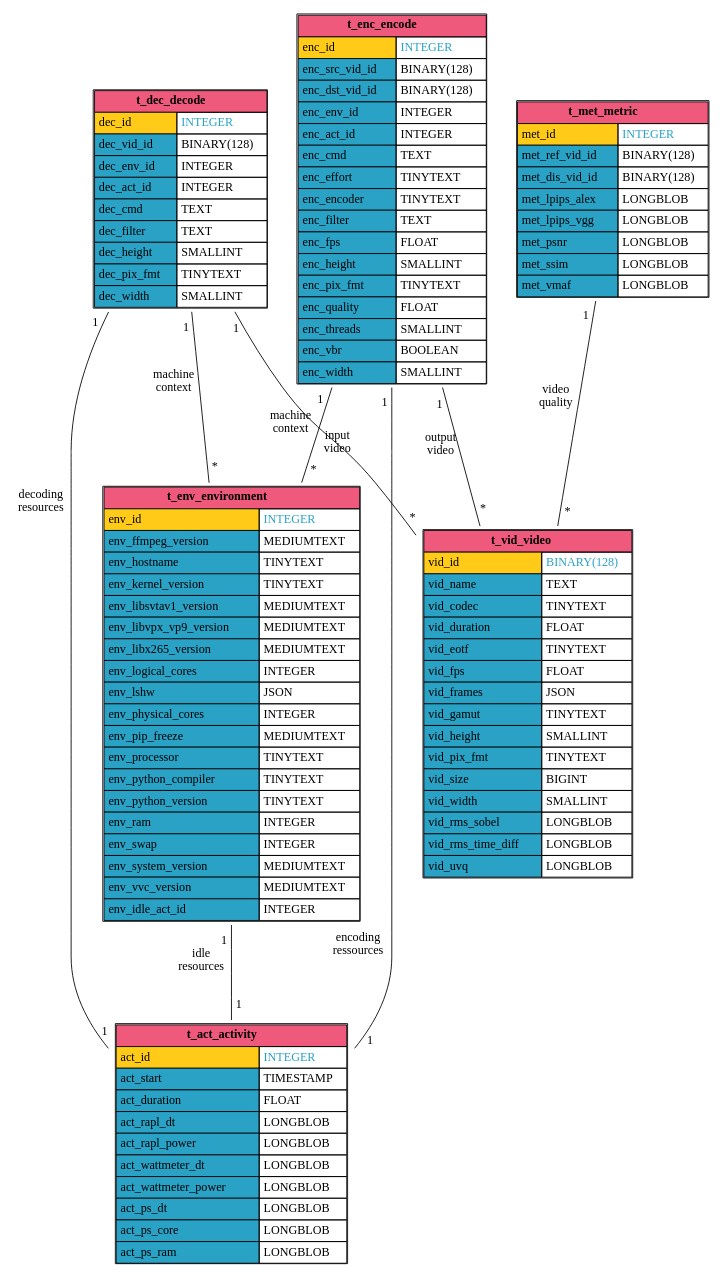
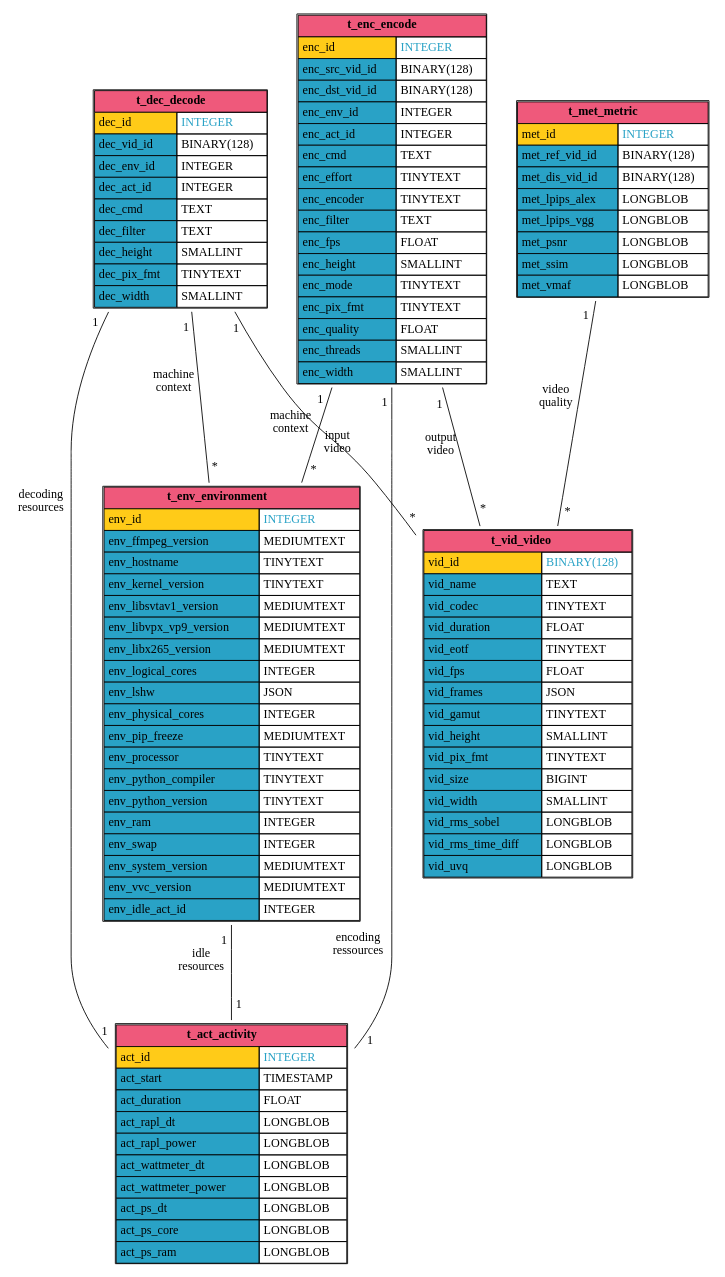
Before and after one commit to robinechuca/mendevi: the diagram in docs/media/sql_database.dot, drawn with Graphviz. The commit also changed 6 other files, not shown here.

Commit message:
change is_vbr into mode

```diff
--- a/docs/media/sql_database.dot
+++ b/docs/media/sql_database.dot
@@ -1,131 +1,131 @@
 # dot -Tsvg sql_database.dot > sql_database.svg
 graph database {
   node [shape=plaintext]
   t_act_activity [
     label=<
       <TABLE BORDER="1" CELLBORDER="1" CELLSPACING="0" CELLPADDING="4">
         <TR><TD COLSPAN="2" BGCOLOR="#ef597b"><B>t_act_activity</B></TD></TR>
         <TR><TD ALIGN="LEFT" BGCOLOR="#ffcb18">act_id</TD><TD ALIGN="LEFT"><FONT COLOR="#29a2c6">INTEGER</FONT></TD></TR>
         <TR><TD ALIGN="LEFT" BGCOLOR="#29a2c6">act_start</TD><TD ALIGN="LEFT">TIMESTAMP</TD></TR>
         <TR><TD ALIGN="LEFT" BGCOLOR="#29a2c6">act_duration</TD><TD ALIGN="LEFT">FLOAT</TD></TR>
         <TR><TD ALIGN="LEFT" BGCOLOR="#29a2c6">act_rapl_dt</TD><TD ALIGN="LEFT">LONGBLOB</TD></TR>
         <TR><TD ALIGN="LEFT" BGCOLOR="#29a2c6">act_rapl_power</TD><TD ALIGN="LEFT">LONGBLOB</TD></TR>
         <TR><TD ALIGN="LEFT" BGCOLOR="#29a2c6">act_wattmeter_dt</TD><TD ALIGN="LEFT">LONGBLOB</TD></TR>
         <TR><TD ALIGN="LEFT" BGCOLOR="#29a2c6">act_wattmeter_power</TD><TD ALIGN="LEFT">LONGBLOB</TD></TR>
         <TR><TD ALIGN="LEFT" BGCOLOR="#29a2c6">act_ps_dt</TD><TD ALIGN="LEFT">LONGBLOB</TD></TR>
         <TR><TD ALIGN="LEFT" BGCOLOR="#29a2c6">act_ps_core</TD><TD ALIGN="LEFT">LONGBLOB</TD></TR>
         <TR><TD ALIGN="LEFT" BGCOLOR="#29a2c6">act_ps_ram</TD><TD ALIGN="LEFT">LONGBLOB</TD></TR>
       </TABLE>
     >
   ];
   t_vid_video [
     label=<
       <TABLE BORDER="1" CELLBORDER="1" CELLSPACING="0" CELLPADDING="4">
         <TR><TD COLSPAN="2" BGCOLOR="#ef597b"><B>t_vid_video</B></TD></TR>
         <TR><TD ALIGN="LEFT" BGCOLOR="#ffcb18">vid_id</TD><TD ALIGN="LEFT"><FONT COLOR="#29a2c6">BINARY(128)</FONT></TD></TR>
         <TR><TD ALIGN="LEFT" BGCOLOR="#29a2c6">vid_name</TD><TD ALIGN="LEFT">TEXT</TD></TR>
         <TR><TD ALIGN="LEFT" BGCOLOR="#29a2c6">vid_codec</TD><TD ALIGN="LEFT">TINYTEXT</TD></TR>
         <TR><TD ALIGN="LEFT" BGCOLOR="#29a2c6">vid_duration</TD><TD ALIGN="LEFT">FLOAT</TD></TR>
         <TR><TD ALIGN="LEFT" BGCOLOR="#29a2c6">vid_eotf</TD><TD ALIGN="LEFT">TINYTEXT</TD></TR>
         <TR><TD ALIGN="LEFT" BGCOLOR="#29a2c6">vid_fps</TD><TD ALIGN="LEFT">FLOAT</TD></TR>
         <TR><TD ALIGN="LEFT" BGCOLOR="#29a2c6">vid_frames</TD><TD ALIGN="LEFT">JSON</TD></TR>
         <TR><TD ALIGN="LEFT" BGCOLOR="#29a2c6">vid_gamut</TD><TD ALIGN="LEFT">TINYTEXT</TD></TR>
         <TR><TD ALIGN="LEFT" BGCOLOR="#29a2c6">vid_height</TD><TD ALIGN="LEFT">SMALLINT</TD></TR>
         <TR><TD ALIGN="LEFT" BGCOLOR="#29a2c6">vid_pix_fmt</TD><TD ALIGN="LEFT">TINYTEXT</TD></TR>
         <TR><TD ALIGN="LEFT" BGCOLOR="#29a2c6">vid_size</TD><TD ALIGN="LEFT">BIGINT</TD></TR>
         <TR><TD ALIGN="LEFT" BGCOLOR="#29a2c6">vid_width</TD><TD ALIGN="LEFT">SMALLINT</TD></TR>
         <TR><TD ALIGN="LEFT" BGCOLOR="#29a2c6">vid_rms_sobel</TD><TD ALIGN="LEFT">LONGBLOB</TD></TR>
         <TR><TD ALIGN="LEFT" BGCOLOR="#29a2c6">vid_rms_time_diff</TD><TD ALIGN="LEFT">LONGBLOB</TD></TR>
         <TR><TD ALIGN="LEFT" BGCOLOR="#29a2c6">vid_uvq</TD><TD ALIGN="LEFT">LONGBLOB</TD></TR>
       </TABLE>
     >
   ];
   t_met_metric [
     label=<
       <TABLE BORDER="1" CELLBORDER="1" CELLSPACING="0" CELLPADDING="4">
         <TR><TD COLSPAN="2" BGCOLOR="#ef597b"><B>t_met_metric</B></TD></TR>
         <TR><TD ALIGN="LEFT" BGCOLOR="#ffcb18">met_id</TD><TD ALIGN="LEFT"><FONT COLOR="#29a2c6">INTEGER</FONT></TD></TR>
         <TR><TD ALIGN="LEFT" BGCOLOR="#29a2c6">met_ref_vid_id</TD><TD ALIGN="LEFT">BINARY(128)</TD></TR>
         <TR><TD ALIGN="LEFT" BGCOLOR="#29a2c6">met_dis_vid_id</TD><TD ALIGN="LEFT">BINARY(128)</TD></TR>
         <TR><TD ALIGN="LEFT" BGCOLOR="#29a2c6">met_lpips_alex</TD><TD ALIGN="LEFT">LONGBLOB</TD></TR>
         <TR><TD ALIGN="LEFT" BGCOLOR="#29a2c6">met_lpips_vgg</TD><TD ALIGN="LEFT">LONGBLOB</TD></TR>
         <TR><TD ALIGN="LEFT" BGCOLOR="#29a2c6">met_psnr</TD><TD ALIGN="LEFT">LONGBLOB</TD></TR>
         <TR><TD ALIGN="LEFT" BGCOLOR="#29a2c6">met_ssim</TD><TD ALIGN="LEFT">LONGBLOB</TD></TR>
         <TR><TD ALIGN="LEFT" BGCOLOR="#29a2c6">met_vmaf</TD><TD ALIGN="LEFT">LONGBLOB</TD></TR>
       </TABLE>
     >
   ];
   t_env_environment [
     label=<
       <TABLE BORDER="1" CELLBORDER="1" CELLSPACING="0" CELLPADDING="4">
         <TR><TD COLSPAN="2" BGCOLOR="#ef597b"><B>t_env_environment</B></TD></TR>
         <TR><TD ALIGN="LEFT" BGCOLOR="#ffcb18">env_id</TD><TD ALIGN="LEFT"><FONT COLOR="#29a2c6">INTEGER</FONT></TD></TR>
         <TR><TD ALIGN="LEFT" BGCOLOR="#29a2c6">env_ffmpeg_version</TD><TD ALIGN="LEFT">MEDIUMTEXT</TD></TR>
         <TR><TD ALIGN="LEFT" BGCOLOR="#29a2c6">env_hostname</TD><TD ALIGN="LEFT">TINYTEXT</TD></TR>
         <TR><TD ALIGN="LEFT" BGCOLOR="#29a2c6">env_kernel_version</TD><TD ALIGN="LEFT">TINYTEXT</TD></TR>
         <TR><TD ALIGN="LEFT" BGCOLOR="#29a2c6">env_libsvtav1_version</TD><TD ALIGN="LEFT">MEDIUMTEXT</TD></TR>
         <TR><TD ALIGN="LEFT" BGCOLOR="#29a2c6">env_libvpx_vp9_version</TD><TD ALIGN="LEFT">MEDIUMTEXT</TD></TR>
         <TR><TD ALIGN="LEFT" BGCOLOR="#29a2c6">env_libx265_version</TD><TD ALIGN="LEFT">MEDIUMTEXT</TD></TR>
         <TR><TD ALIGN="LEFT" BGCOLOR="#29a2c6">env_logical_cores</TD><TD ALIGN="LEFT">INTEGER</TD></TR>
         <TR><TD ALIGN="LEFT" BGCOLOR="#29a2c6">env_lshw</TD><TD ALIGN="LEFT">JSON</TD></TR>
         <TR><TD ALIGN="LEFT" BGCOLOR="#29a2c6">env_physical_cores</TD><TD ALIGN="LEFT">INTEGER</TD></TR>
         <TR><TD ALIGN="LEFT" BGCOLOR="#29a2c6">env_pip_freeze</TD><TD ALIGN="LEFT">MEDIUMTEXT</TD></TR>
         <TR><TD ALIGN="LEFT" BGCOLOR="#29a2c6">env_processor</TD><TD ALIGN="LEFT">TINYTEXT</TD></TR>
         <TR><TD ALIGN="LEFT" BGCOLOR="#29a2c6">env_python_compiler</TD><TD ALIGN="LEFT">TINYTEXT</TD></TR>
         <TR><TD ALIGN="LEFT" BGCOLOR="#29a2c6">env_python_version</TD><TD ALIGN="LEFT">TINYTEXT</TD></TR>
         <TR><TD ALIGN="LEFT" BGCOLOR="#29a2c6">env_ram</TD><TD ALIGN="LEFT">INTEGER</TD></TR>
         <TR><TD ALIGN="LEFT" BGCOLOR="#29a2c6">env_swap</TD><TD ALIGN="LEFT">INTEGER</TD></TR>
         <TR><TD ALIGN="LEFT" BGCOLOR="#29a2c6">env_system_version</TD><TD ALIGN="LEFT">MEDIUMTEXT</TD></TR>
         <TR><TD ALIGN="LEFT" BGCOLOR="#29a2c6">env_vvc_version</TD><TD ALIGN="LEFT">MEDIUMTEXT</TD></TR>
         <TR><TD ALIGN="LEFT" BGCOLOR="#29a2c6">env_idle_act_id</TD><TD ALIGN="LEFT">INTEGER</TD></TR>
       </TABLE>
     >
   ];
   t_dec_decode [
     label=<
       <TABLE BORDER="1" CELLBORDER="1" CELLSPACING="0" CELLPADDING="4">
         <TR><TD COLSPAN="2" BGCOLOR="#ef597b"><B>t_dec_decode</B></TD></TR>
         <TR><TD ALIGN="LEFT" BGCOLOR="#ffcb18">dec_id</TD><TD ALIGN="LEFT"><FONT COLOR="#29a2c6">INTEGER</FONT></TD></TR>
         <TR><TD ALIGN="LEFT" BGCOLOR="#29a2c6">dec_vid_id</TD><TD ALIGN="LEFT">BINARY(128)</TD></TR>
         <TR><TD ALIGN="LEFT" BGCOLOR="#29a2c6">dec_env_id</TD><TD ALIGN="LEFT">INTEGER</TD></TR>
         <TR><TD ALIGN="LEFT" BGCOLOR="#29a2c6">dec_act_id</TD><TD ALIGN="LEFT">INTEGER</TD></TR>
         <TR><TD ALIGN="LEFT" BGCOLOR="#29a2c6">dec_cmd</TD><TD ALIGN="LEFT">TEXT</TD></TR>
         <TR><TD ALIGN="LEFT" BGCOLOR="#29a2c6">dec_filter</TD><TD ALIGN="LEFT">TEXT</TD></TR>
         <TR><TD ALIGN="LEFT" BGCOLOR="#29a2c6">dec_height</TD><TD ALIGN="LEFT">SMALLINT</TD></TR>
         <TR><TD ALIGN="LEFT" BGCOLOR="#29a2c6">dec_pix_fmt</TD><TD ALIGN="LEFT">TINYTEXT</TD></TR>
         <TR><TD ALIGN="LEFT" BGCOLOR="#29a2c6">dec_width</TD><TD ALIGN="LEFT">SMALLINT</TD></TR>
       </TABLE>
     >
   ];
   t_enc_encode [
     label=<
       <TABLE BORDER="1" CELLBORDER="1" CELLSPACING="0" CELLPADDING="4">
         <TR><TD COLSPAN="2" BGCOLOR="#ef597b"><B>t_enc_encode</B></TD></TR>
         <TR><TD ALIGN="LEFT" BGCOLOR="#ffcb18">enc_id</TD><TD ALIGN="LEFT"><FONT COLOR="#29a2c6">INTEGER</FONT></TD></TR>
         <TR><TD ALIGN="LEFT" BGCOLOR="#29a2c6">enc_src_vid_id</TD><TD ALIGN="LEFT">BINARY(128)</TD></TR>
         <TR><TD ALIGN="LEFT" BGCOLOR="#29a2c6">enc_dst_vid_id</TD><TD ALIGN="LEFT">BINARY(128)</TD></TR>
         <TR><TD ALIGN="LEFT" BGCOLOR="#29a2c6">enc_env_id</TD><TD ALIGN="LEFT">INTEGER</TD></TR>
         <TR><TD ALIGN="LEFT" BGCOLOR="#29a2c6">enc_act_id</TD><TD ALIGN="LEFT">INTEGER</TD></TR>
         <TR><TD ALIGN="LEFT" BGCOLOR="#29a2c6">enc_cmd</TD><TD ALIGN="LEFT">TEXT</TD></TR>
         <TR><TD ALIGN="LEFT" BGCOLOR="#29a2c6">enc_effort</TD><TD ALIGN="LEFT">TINYTEXT</TD></TR>
         <TR><TD ALIGN="LEFT" BGCOLOR="#29a2c6">enc_encoder</TD><TD ALIGN="LEFT">TINYTEXT</TD></TR>
         <TR><TD ALIGN="LEFT" BGCOLOR="#29a2c6">enc_filter</TD><TD ALIGN="LEFT">TEXT</TD></TR>
         <TR><TD ALIGN="LEFT" BGCOLOR="#29a2c6">enc_fps</TD><TD ALIGN="LEFT">FLOAT</TD></TR>
         <TR><TD ALIGN="LEFT" BGCOLOR="#29a2c6">enc_height</TD><TD ALIGN="LEFT">SMALLINT</TD></TR>
+        <TR><TD ALIGN="LEFT" BGCOLOR="#29a2c6">enc_mode</TD><TD ALIGN="LEFT">TINYTEXT</TD></TR>
         <TR><TD ALIGN="LEFT" BGCOLOR="#29a2c6">enc_pix_fmt</TD><TD ALIGN="LEFT">TINYTEXT</TD></TR>
         <TR><TD ALIGN="LEFT" BGCOLOR="#29a2c6">enc_quality</TD><TD ALIGN="LEFT">FLOAT</TD></TR>
         <TR><TD ALIGN="LEFT" BGCOLOR="#29a2c6">enc_threads</TD><TD ALIGN="LEFT">SMALLINT</TD></TR>
-        <TR><TD ALIGN="LEFT" BGCOLOR="#29a2c6">enc_vbr</TD><TD ALIGN="LEFT">BOOLEAN</TD></TR>
         <TR><TD ALIGN="LEFT" BGCOLOR="#29a2c6">enc_width</TD><TD ALIGN="LEFT">SMALLINT</TD></TR>
       </TABLE>
     >
   ];
   t_enc_encode -- t_act_activity [minlen=3, taillabel="1", headlabel="1", xlabel="encoding\nressources", labeldistance=2.0]
   t_enc_encode -- t_env_environment [minlen=3, taillabel="1", headlabel="*", xlabel="machine\ncontext", labeldistance=2.0]
   t_enc_encode -- t_vid_video [minlen=3, taillabel="1", headlabel="*", xlabel="output\nvideo", labeldistance=2.0]
   t_met_metric -- t_vid_video [minlen=3, taillabel="1", headlabel="*", xlabel="video\nquality", labeldistance=2.0]
   t_dec_decode -- t_act_activity [minlen=3, taillabel="1", headlabel="1", xlabel="decoding\nresources", labeldistance=2.0]
   t_dec_decode -- t_env_environment [minlen=3, taillabel="1", headlabel="*", xlabel="machine\ncontext", labeldistance=2.0]
   t_dec_decode -- t_vid_video [minlen=3, taillabel="1", headlabel="*", xlabel="input\nvideo", labeldistance=2.0]
   t_env_environment -- t_act_activity [minlen=3, taillabel="1", headlabel="1", xlabel="idle\nresources", labeldistance=2.0]
 }
```
